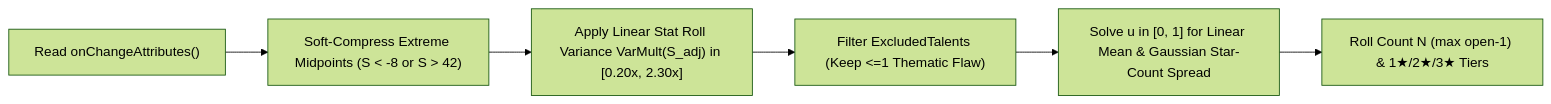
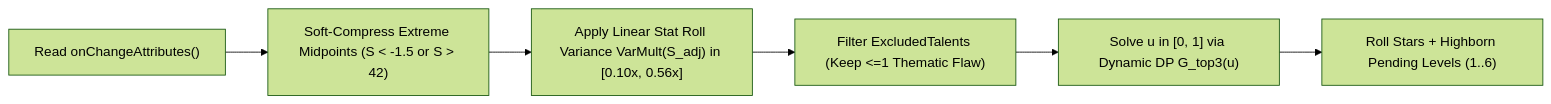
Before and after one commit to kovasap/mod_balanced_backgrounds: the first of 2 diagrams in PLAN.md, drawn with Mermaid (forest theme). The commit also changed other lines of this file and 8 other files, not shown here.

````diff
--- a/PLAN.md
+++ b/PLAN.md
@@ -30,8 +30,8 @@
 ```mermaid
 flowchart LR
-    A["Read onChangeAttributes()"] --> B["Soft-Compress Extreme Midpoints (S < -8 or S > 42)"]
-    B --> C["Apply Linear Stat Roll Variance VarMult(S_adj) in [0.20x, 2.30x]"]
+    A["Read onChangeAttributes()"] --> B["Soft-Compress Extreme Midpoints (S < -1.5 or S > 42)"]
+    B --> C["Apply Linear Stat Roll Variance VarMult(S_adj) in [0.10x, 0.56x]"]
     C --> D["Filter ExcludedTalents (Keep <=1 Thematic Flaw)"]
-    D --> E["Solve u in [0, 1] for Linear Mean & Gaussian Star-Count Spread"]
-    E --> F["Roll Count N (max open-1) & 1★/2★/3★ Tiers"]
+    D --> E["Solve u in [0, 1] via Dynamic DP G_top3(u)"]
+    E --> F["Roll Stars + Highborn Pending Levels (1..6)"]
 ```
````
